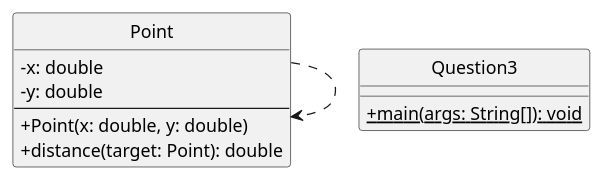
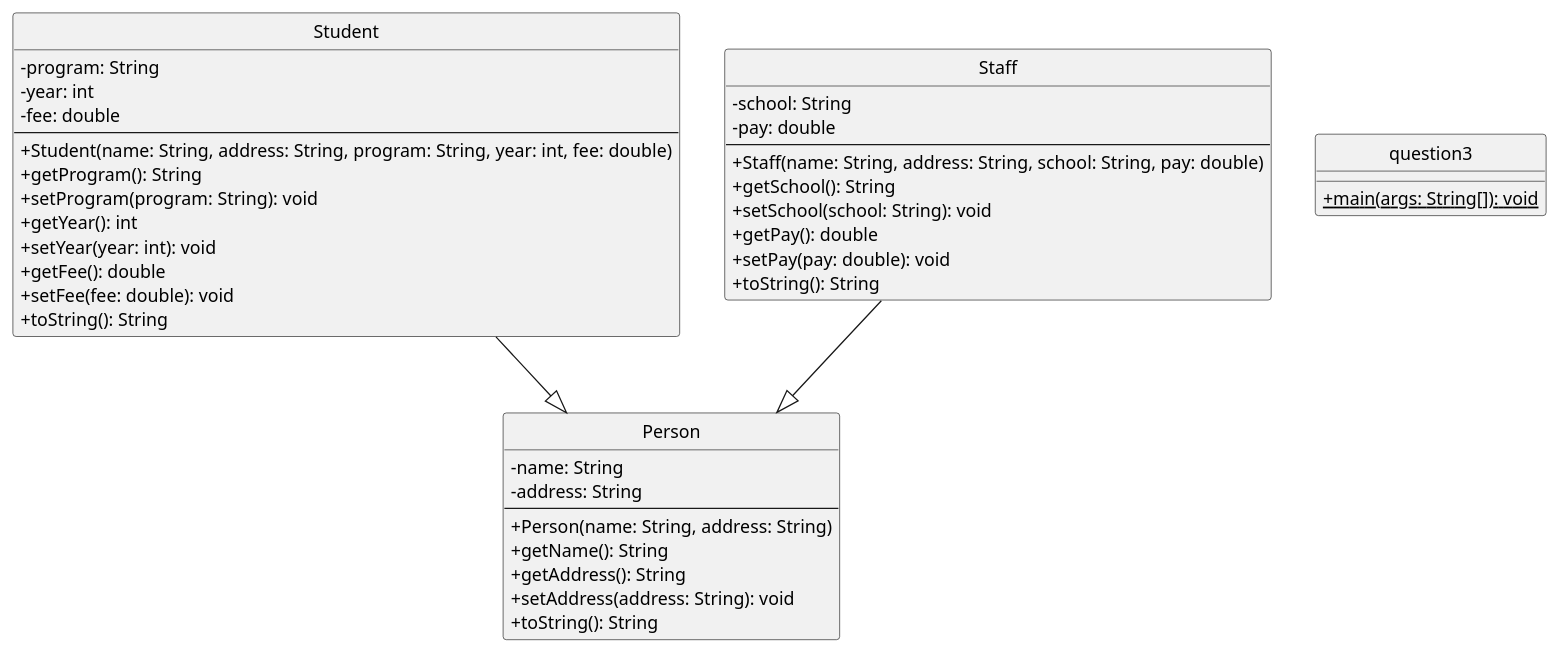
Before and after one commit to sow-2910/IU_OOP_Lab: the diagram in output/Question3.puml, drawn with PlantUML. The commit also changed other lines of this file and 11 other files, not shown here.

```diff
--- a/output/Question3.puml
+++ b/output/Question3.puml
@@ -6,18 +6,49 @@
 @startuml
 skinparam classAttributeIconSize 0
 hide circle
 
-class Point {
-  -x: double
-  -y: double
+class Person {
+  -name: String
+  -address: String
   --
-  +Point(x: double, y: double)
-  +distance(target: Point): double
+  +Person(name: String, address: String)
+  +getName(): String
+  +getAddress(): String
+  +setAddress(address: String): void
+  +toString(): String
 }
 
-class Question3 {
+class Student {
+  -program: String
+  -year: int
+  -fee: double
+  --
+  +Student(name: String, address: String, program: String, year: int, fee: double)
+  +getProgram(): String
+  +setProgram(program: String): void
+  +getYear(): int
+  +setYear(year: int): void
+  +getFee(): double
+  +setFee(fee: double): void
+  +toString(): String
+}
+
+class Staff {
+  -school: String
+  -pay: double
+  --
+  +Staff(name: String, address: String, school: String, pay: double)
+  +getSchool(): String
+  +setSchool(school: String): void
+  +getPay(): double
+  +setPay(pay: double): void
+  +toString(): String
+}
+
+class question3 {
   +{static} main(args: String[]): void
 }
 
-Point ..> Point
+Student --|> Person
+Staff --|> Person
 @enduml
```
